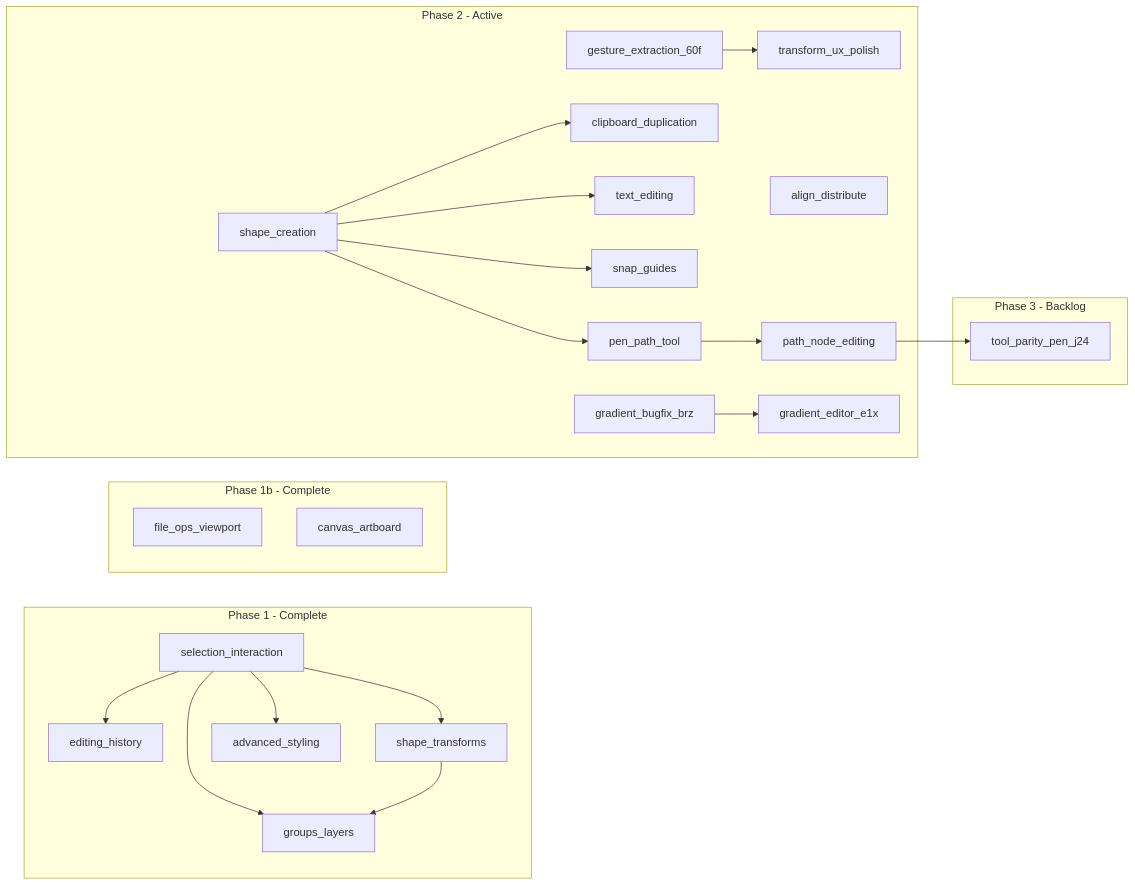
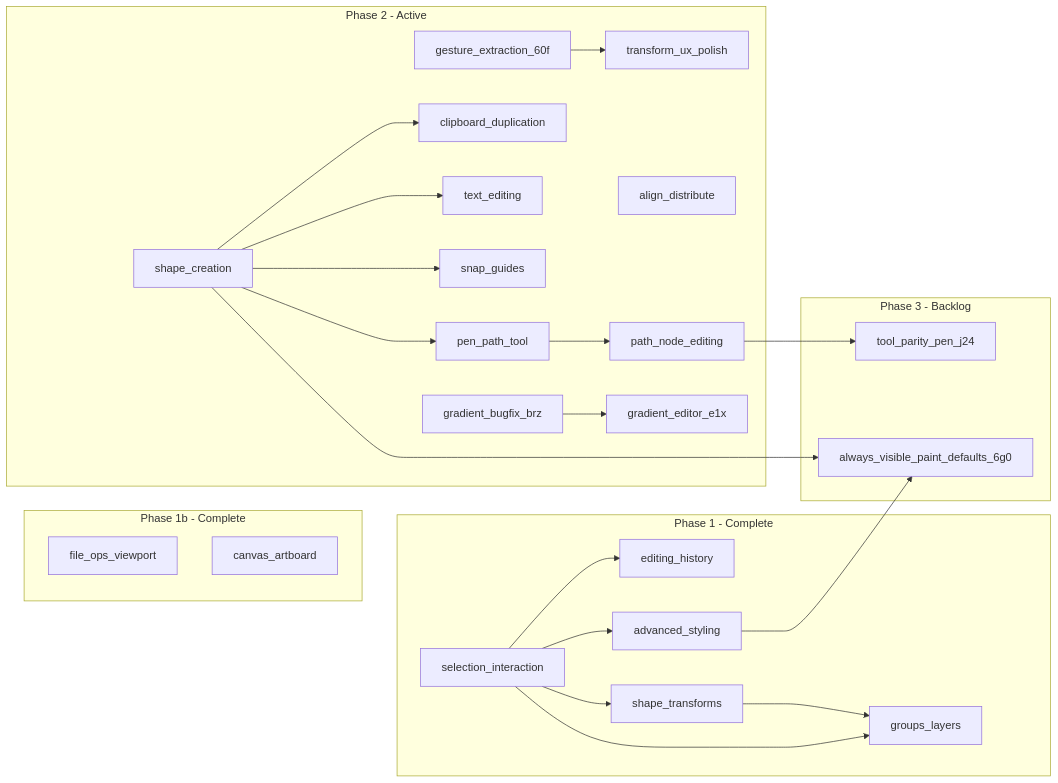
Before and after one commit to nbeckindy/svg-editor: the diagram in plans/ROADMAP.md, drawn with Mermaid. The commit also changed other lines of this file and 13 other files, not shown here.

First line of the commit message:
feat(properties-panel): enhance paint controls and defaults management

````diff
--- a/plans/ROADMAP.md
+++ b/plans/ROADMAP.md
@@ -72,47 +83,50 @@
 ```mermaid
 flowchart LR
   subgraph phase1 [Phase 1 - Complete]
     e1[selection_interaction]
     e2[editing_history]
     e3[shape_transforms]
     e4[groups_layers]
     e5[advanced_styling]
     e1 --> e2
     e1 --> e3
     e1 --> e4
     e3 --> e4
     e1 --> e5
   end
 
   subgraph phase1b [Phase 1b - Complete]
     e9[file_ops_viewport]
     e14[canvas_artboard]
   end
 
   subgraph phase2 [Phase 2 - Active]
     refactor[gesture_extraction_60f]
     e6[transform_ux_polish]
     e7[shape_creation]
     e8[clipboard_duplication]
     e10[text_editing]
     e11[align_distribute]
     e12[snap_guides]
     e13[pen_path_tool]
     e15[path_node_editing]
     bugfix_brz[gradient_bugfix_brz]
     gradient_e1x[gradient_editor_e1x]
     refactor --> e6
     e7 --> e8
     e7 --> e10
     e7 --> e12
     e7 --> e13
     e13 --> e15
     bugfix_brz --> gradient_e1x
   end
 
   subgraph phase3 [Phase 3 - Backlog]
     e17[tool_parity_pen_j24]
+    e18[always_visible_paint_defaults_6g0]
   end
 
   e15 --> e17
+  e5 --> e18
+  e7 --> e18
 ```
````
